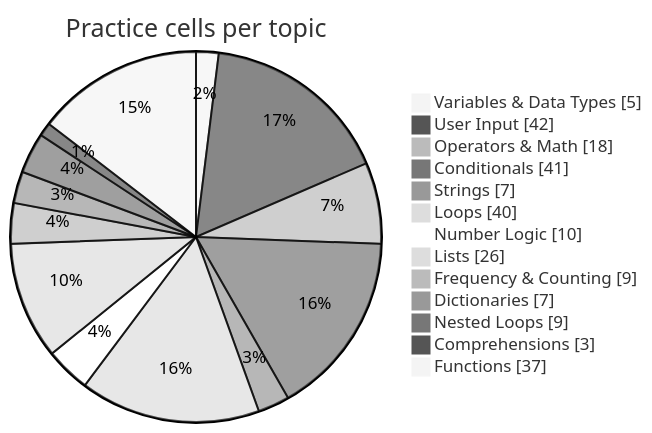
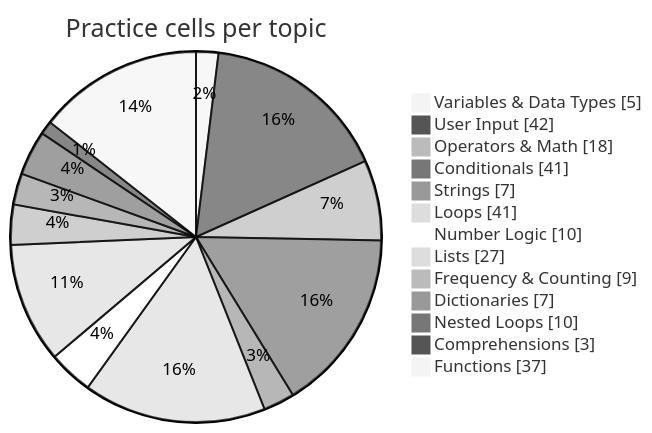
The diagram in README.md (Phantom2101/Python-Daily-Practice), drawn with Mermaid (neutral theme) before and after one commit. The commit also changed other lines of this file and 2 other files, not shown here.

````diff
--- a/README.md
+++ b/README.md
@@ -126,16 +126,16 @@
 ```mermaid
 pie showData title Practice cells per topic
     "Variables & Data Types" : 5
     "User Input" : 42
     "Operators & Math" : 18
     "Conditionals" : 41
     "Strings" : 7
-    "Loops" : 40
+    "Loops" : 41
     "Number Logic" : 10
-    "Lists" : 26
+    "Lists" : 27
     "Frequency & Counting" : 9
     "Dictionaries" : 7
-    "Nested Loops" : 9
+    "Nested Loops" : 10
     "Comprehensions" : 3
     "Functions" : 37
 ```
````
